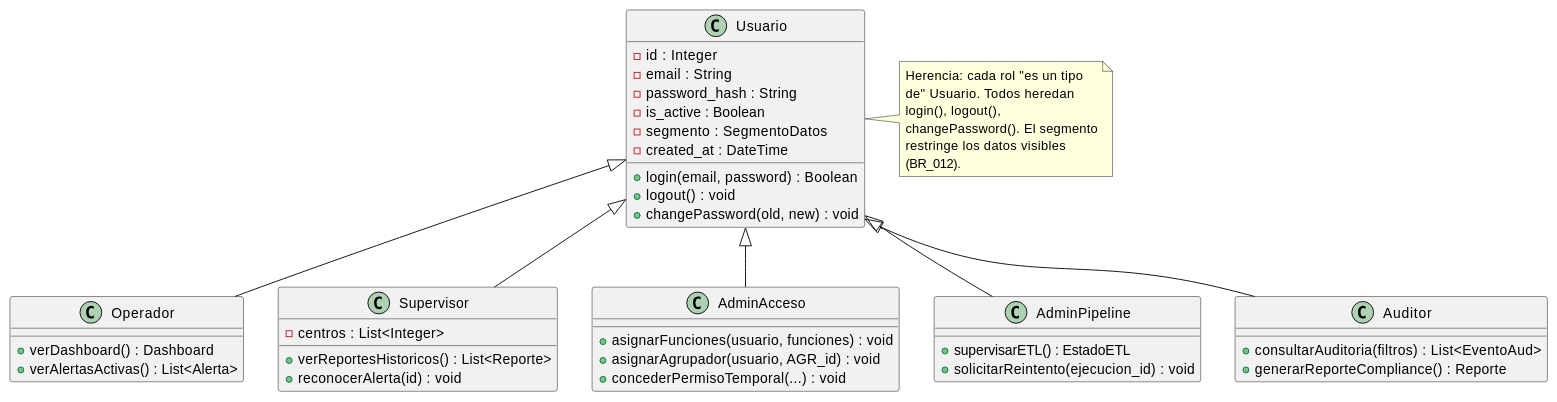
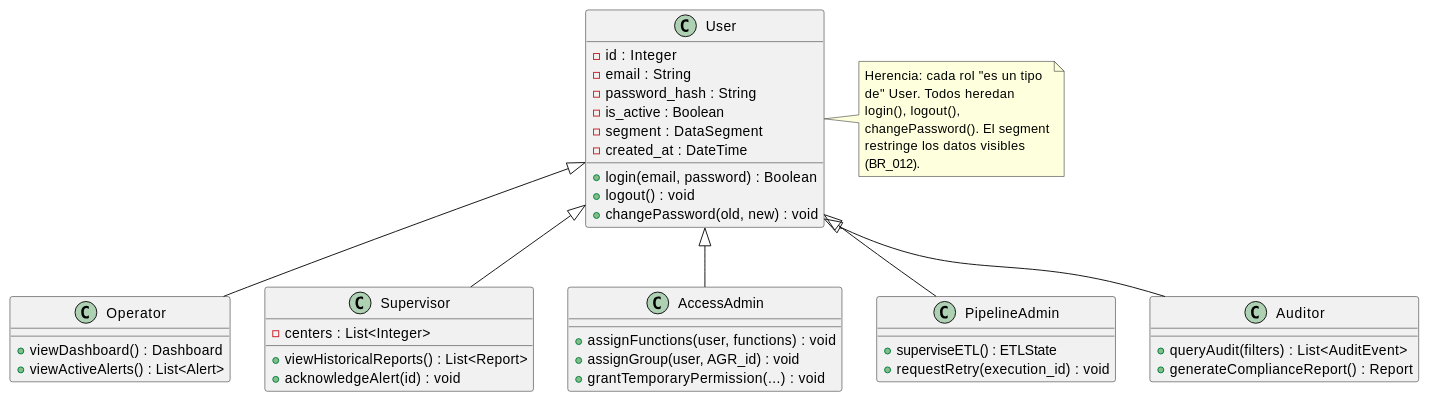
One commit to jcg-admin/IACT-docs changed the diagram in source/requisitos/_metodologia-aplicacion/orientacion-objetos/jerarquia-de-actores-iact.rst. Above: the diagram before and after it, drawn with PlantUML. The commit also changed 6 other files, not shown here.

```diff
--- a/source/requisitos/_metodologia-aplicacion/orientacion-objetos/jerarquia-de-actores-iact.rst
+++ b/source/requisitos/_metodologia-aplicacion/orientacion-objetos/jerarquia-de-actores-iact.rst
@@ -4,58 +4,58 @@
 .. uml::
 
    @startuml
 
-   class Usuario {
+   class User {
      - id : Integer
      - email : String
      - password_hash : String
      - is_active : Boolean
-     - segmento : SegmentoDatos
+     - segment : DataSegment
      - created_at : DateTime
      + login(email, password) : Boolean
      + logout() : void
      + changePassword(old, new) : void
    }
 
-   class Operador {
-     + verDashboard() : Dashboard
-     + verAlertasActivas() : List<Alerta>
+   class Operator {
+     + viewDashboard() : Dashboard
+     + viewActiveAlerts() : List<Alert>
    }
 
    class Supervisor {
-     - centros : List<Integer>
-     + verReportesHistoricos() : List<Reporte>
-     + reconocerAlerta(id) : void
+     - centers : List<Integer>
+     + viewHistoricalReports() : List<Report>
+     + acknowledgeAlert(id) : void
    }
 
-   class AdminAcceso {
-     + asignarFunciones(usuario, funciones) : void
-     + asignarAgrupador(usuario, AGR_id) : void
-     + concederPermisoTemporal(...) : void
+   class AccessAdmin {
+     + assignFunctions(user, functions) : void
+     + assignGroup(user, AGR_id) : void
+     + grantTemporaryPermission(...) : void
    }
 
-   class AdminPipeline {
-     + supervisarETL() : EstadoETL
-     + solicitarReintento(ejecucion_id) : void
+   class PipelineAdmin {
+     + superviseETL() : ETLState
+     + requestRetry(execution_id) : void
    }
 
    class Auditor {
-     + consultarAuditoria(filtros) : List<EventoAud>
-     + generarReporteCompliance() : Reporte
+     + queryAudit(filters) : List<AuditEvent>
+     + generateComplianceReport() : Report
    }
 
-   Usuario <|-- Operador
-   Usuario <|-- Supervisor
-   Usuario <|-- AdminAcceso
-   Usuario <|-- AdminPipeline
-   Usuario <|-- Auditor
+   User <|-- Operator
+   User <|-- Supervisor
+   User <|-- AccessAdmin
+   User <|-- PipelineAdmin
+   User <|-- Auditor
 
-   note right of Usuario
+   note right of User
      Herencia: cada rol "es un tipo
-     de" Usuario. Todos heredan
+     de" User. Todos heredan
      login(), logout(),
-     changePassword(). El segmento
+     changePassword(). El segment
      restringe los datos visibles
      (BR_012).
    end note
    @enduml
```
